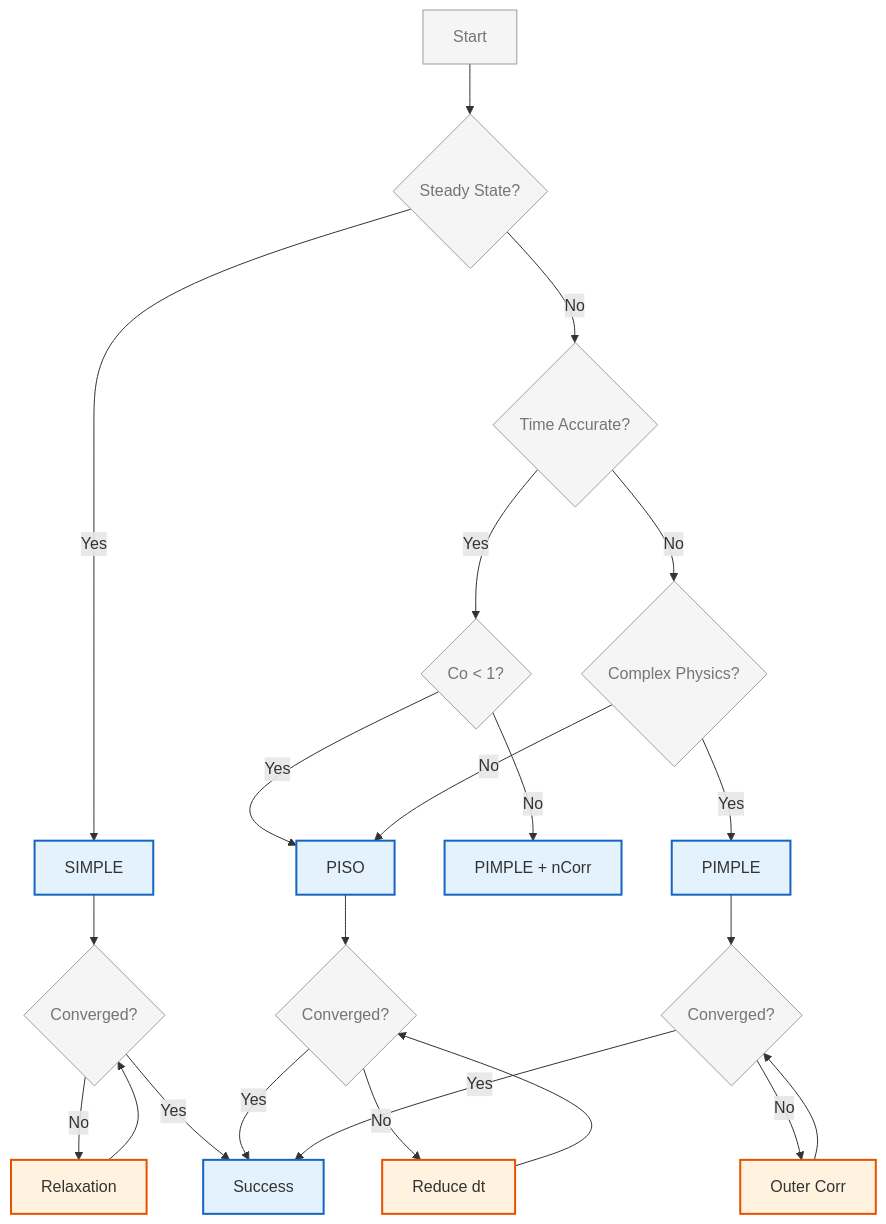
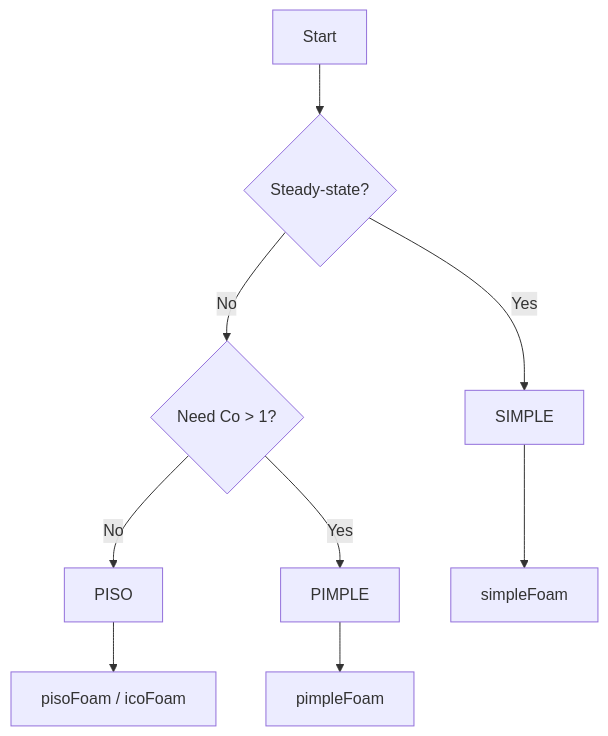
One commit to wramet/build-my-cfd changed the diagram in MODULE_03_SINGLE_PHASE_FLOW/CONTENT/02_PRESSURE_VELOCITY_COUPLING/05_Algorithm_Comparison.md. Above: the diagram before and after it, drawn with Mermaid. The commit also changed other lines of this file and 384 other files, not shown here.

````diff
--- a/MODULE_03_SINGLE_PHASE_FLOW/CONTENT/02_PRESSURE_VELOCITY_COUPLING/05_Algorithm_Comparison.md
+++ b/MODULE_03_SINGLE_PHASE_FLOW/CONTENT/02_PRESSURE_VELOCITY_COUPLING/05_Algorithm_Comparison.md
@@ -321,36 +144,12 @@
 ```mermaid
 flowchart TD
-%% Classes
-classDef explicit fill:#fff3e0,stroke:#e65100,stroke-width:2px;
-classDef implicit fill:#e3f2fd,stroke:#1565c0,stroke-width:2px;
-classDef context fill:#f5f5f5,stroke:#9e9e9e,stroke-width:1px,color:#757575;
-%% Nodes
-A[Start]:::context --> B{Steady State?}:::context
-B -->|Yes| C[SIMPLE]:::implicit
-B -->|No| D{Time Accurate?}:::context
-
-D -->|Yes| E{Co < 1?}:::context
-D -->|No| F{Complex Physics?}:::context
-
-E -->|Yes| G[PISO]:::implicit
-E -->|No| H[PIMPLE + nCorr]:::implicit
-
-F -->|Yes| I[PIMPLE]:::implicit
-F -->|No| G
-
-C --> J{Converged?}:::context
-G --> K{Converged?}:::context
-I --> L{Converged?}:::context
-
-J -->|No| M[Relaxation]:::explicit
-K -->|No| N[Reduce dt]:::explicit
-L -->|No| O[Outer Corr]:::explicit
-
-M --> J
-N --> K
-O --> L
-
-J -->|Yes| P[Success]:::implicit
-K -->|Yes| P
-L -->|Yes| P
+    A[Start] --> B{Steady-state?}
+    B -->|Yes| C[SIMPLE]
+    B -->|No| D{Need Co > 1?}
+    D -->|No| E[PISO]
+    D -->|Yes| F[PIMPLE]
+    
+    C --> G[simpleFoam]
+    E --> H[pisoFoam / icoFoam]
+    F --> I[pimpleFoam]
 ```
````
